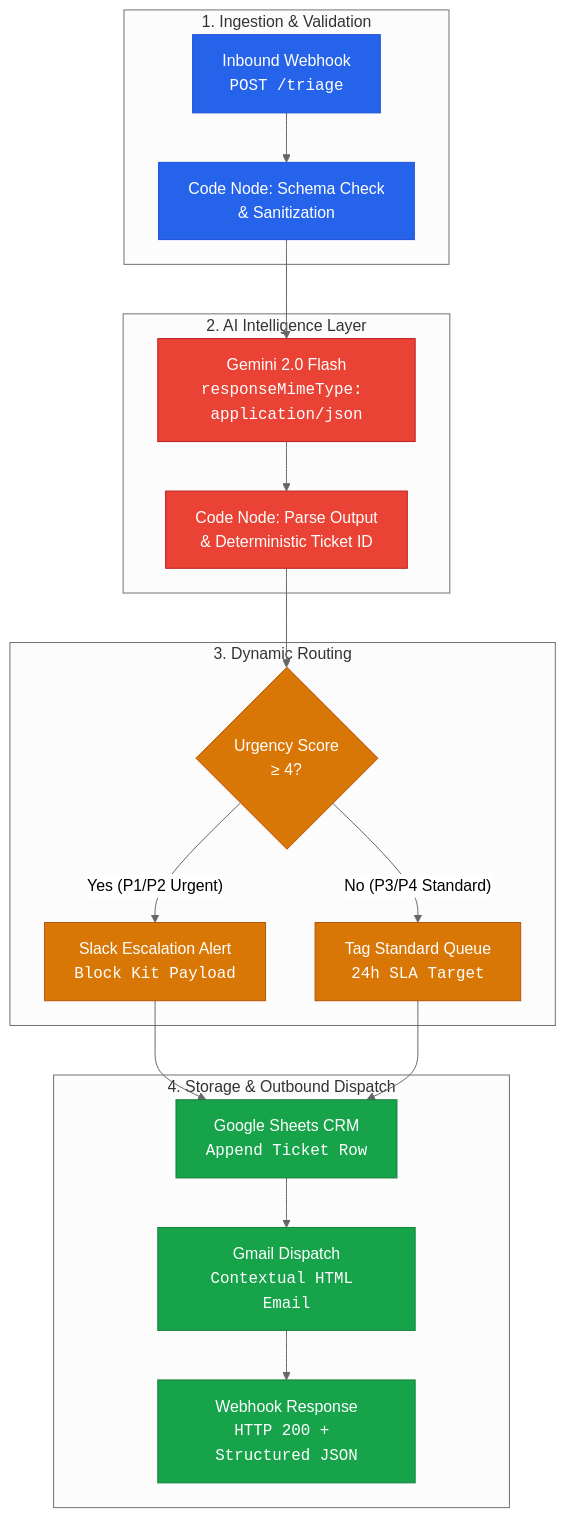
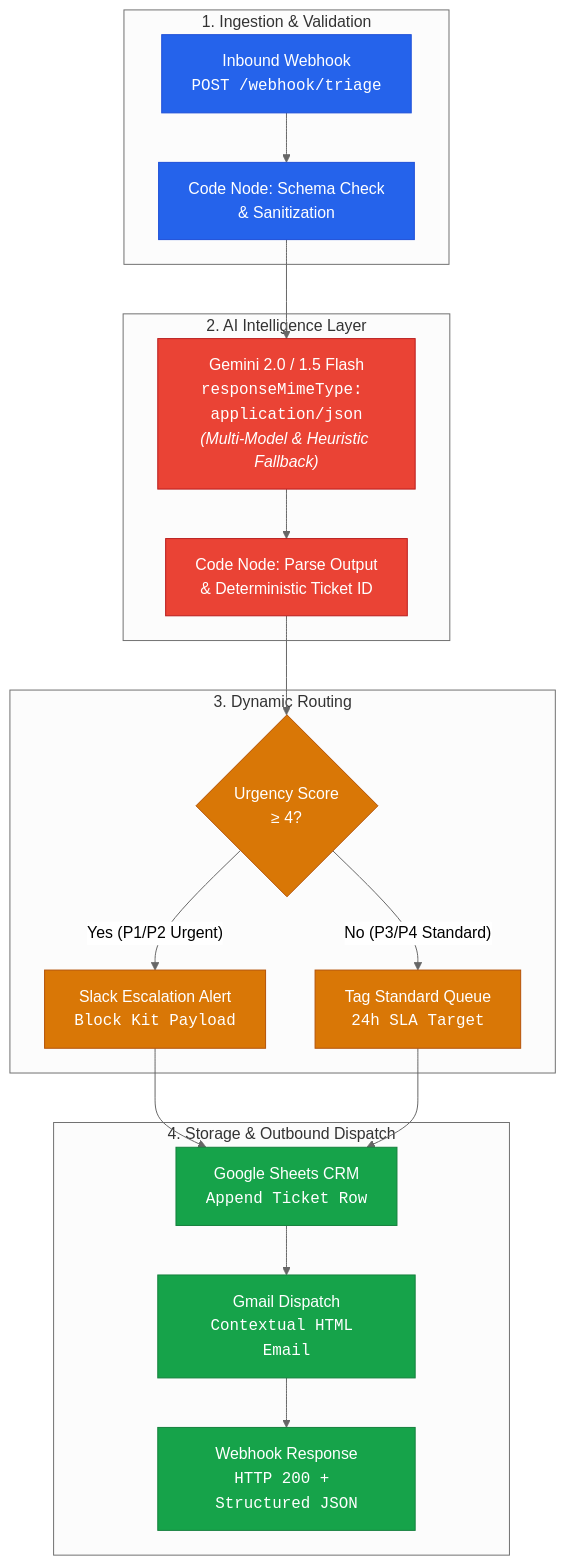
One commit to adg1205/ai-customer-triage-n8n changed the diagram in README.md. Above: the diagram before and after it, drawn with Mermaid (neutral theme). The commit also changed other lines of this file, not shown here.

````diff
--- a/README.md
+++ b/README.md
@@ -35,34 +35,34 @@
 ```mermaid
 flowchart TD
     subgraph Ingestion["1. Ingestion & Validation"]
-        A["Inbound Webhook<br/><code>POST /triage</code>"] --> B["Code Node: Schema Check<br/>& Sanitization"]
+        A["Inbound Webhook<br/><code>POST /webhook/triage</code>"] --> B["Code Node: Schema Check<br/>& Sanitization"]
     end
 
     subgraph Intelligence["2. AI Intelligence Layer"]
-        B --> C["Gemini 2.0 Flash<br/><code>responseMimeType: application/json</code>"]
+        B --> C["Gemini 2.0 / 1.5 Flash<br/><code>responseMimeType: application/json</code><br/><i>(Multi-Model & Heuristic Fallback)</i>"]
         C --> D["Code Node: Parse Output<br/>& Deterministic Ticket ID"]
     end
 
     subgraph Decision["3. Dynamic Routing"]
         D --> E{"Urgency Score<br/>&ge; 4?"}
         E -- "Yes (P1/P2 Urgent)" --> F["Slack Escalation Alert<br/><code>Block Kit Payload</code>"]
         E -- "No (P3/P4 Standard)" --> G["Tag Standard Queue<br/><code>24h SLA Target</code>"]
     end
 
     subgraph Persistence["4. Storage & Outbound Dispatch"]
         F --> H["Google Sheets CRM<br/><code>Append Ticket Row</code>"]
         G --> H
         H --> I["Gmail Dispatch<br/><code>Contextual HTML Email</code>"]
         I --> J["Webhook Response<br/><code>HTTP 200 + Structured JSON</code>"]
     end
 
     classDef primary fill:#2563eb,stroke:#1d4ed8,color:#fff
     classDef ai fill:#ea4335,stroke:#b91c1c,color:#fff
     classDef router fill:#d97706,stroke:#b45309,color:#fff
     classDef storage fill:#16a34a,stroke:#15803d,color:#fff
 
     class A,B primary
     class C,D ai
     class E,F,G router
     class H,I,J storage
 ```
````
